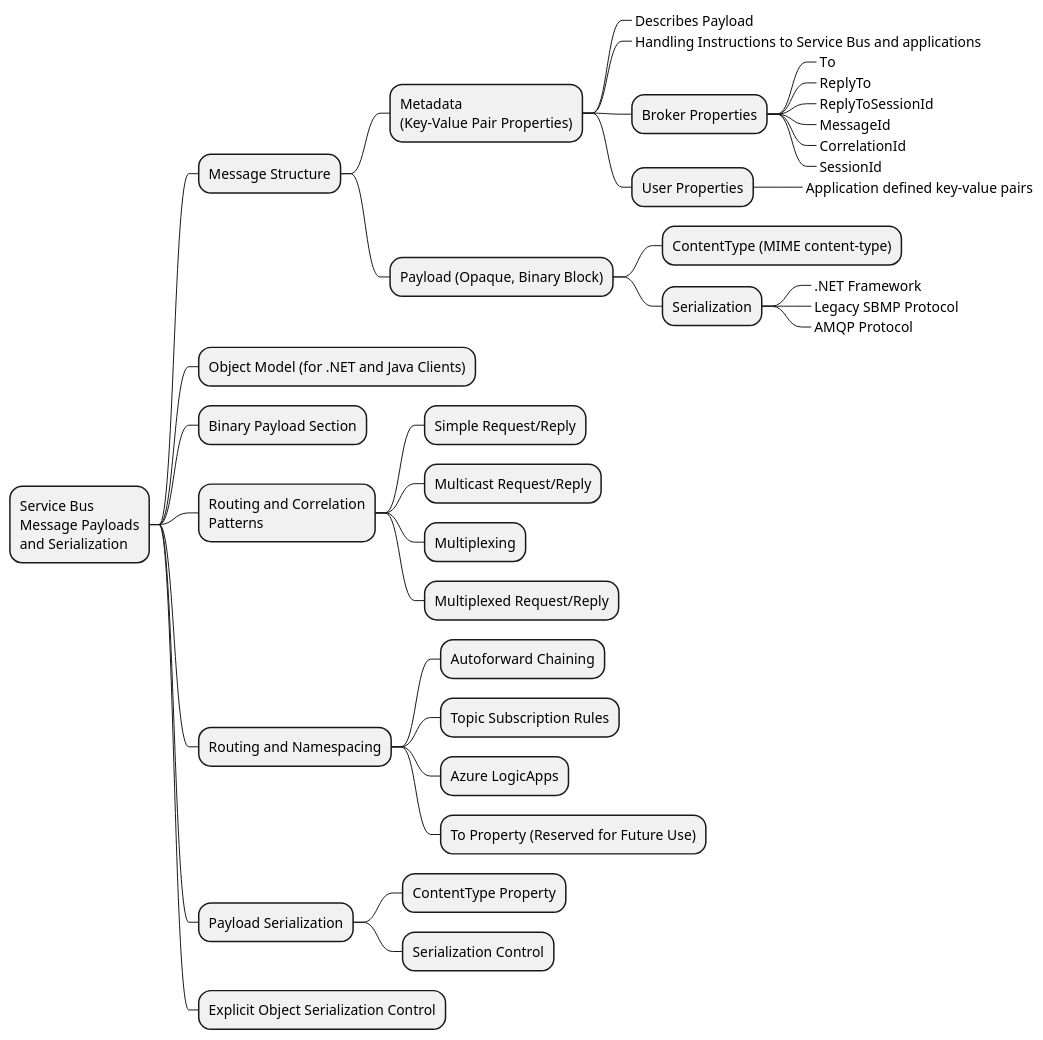
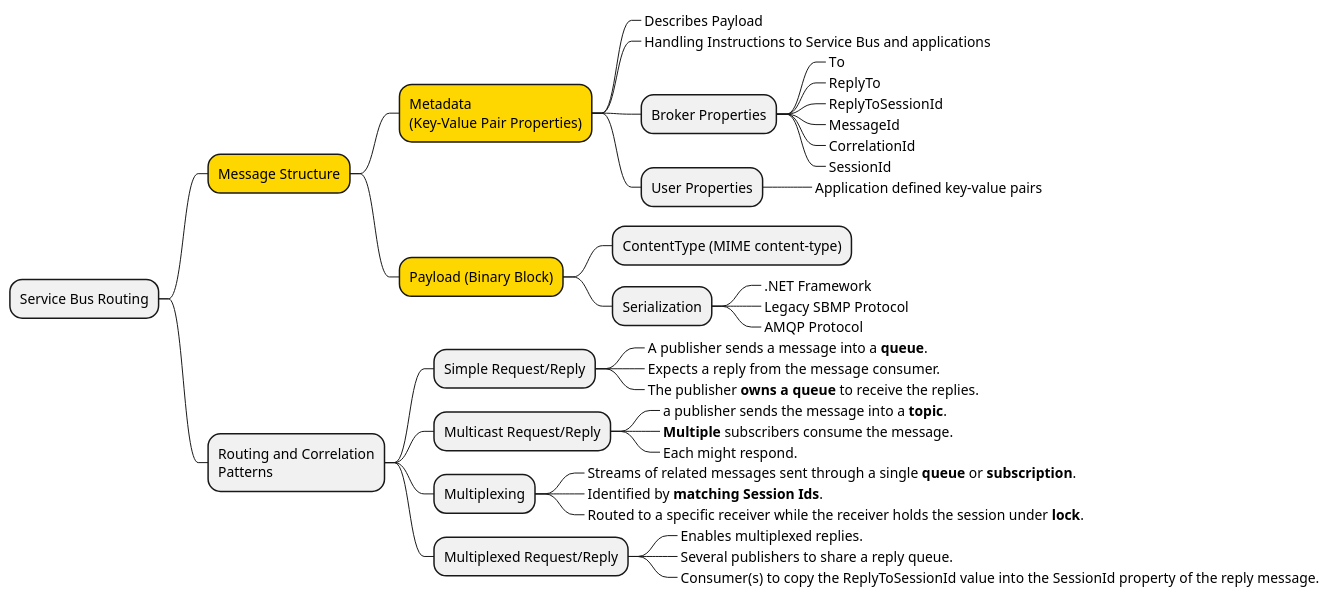
One commit to bobbyache/AZ-204 changed the diagram in 09 - message-queues/diagrams/4-service-bus-payloads-mindmap.plantuml. Above: the diagram before and after it, drawn with PlantUML. The commit also changed 22 other files, not shown here.

```diff
--- a/09 - message-queues/diagrams/4-service-bus-payloads-mindmap.plantuml
+++ b/09 - message-queues/diagrams/4-service-bus-payloads-mindmap.plantuml
@@ -1,40 +1,41 @@
-@startmindmap " Playloads and Serialization"
-* Service Bus\nMessage Payloads\nand Serialization
-** Message Structure
-*** Metadata\n(Key-Value Pair Properties)
+@startmindmap "Service Bus Routing"
+* Service Bus Routing
+**[#gold] Message Structure
+***[#gold] Metadata\n(Key-Value Pair Properties)
 ****_ Describes Payload
 ****_ Handling Instructions to Service Bus and applications
 **** Broker Properties
 *****_ To
 *****_ ReplyTo
 *****_ ReplyToSessionId
 *****_ MessageId
 *****_ CorrelationId
 *****_ SessionId
 **** User Properties
 *****_ Application defined key-value pairs
-*** Payload (Opaque, Binary Block)
+***[#gold] Payload (Binary Block)
 **** ContentType (MIME content-type)
 **** Serialization
 *****_ .NET Framework
 *****_ Legacy SBMP Protocol
 *****_ AMQP Protocol
-** Object Model (for .NET and Java Clients)
-** Binary Payload Section
-
 
 ** Routing and Correlation\nPatterns
 *** Simple Request/Reply
+****_ A publisher sends a message into a **queue**.
+****_ Expects a reply from the message consumer.
+****_ The publisher **owns a queue** to receive the replies.
 *** Multicast Request/Reply
+****_ a publisher sends the message into a **topic**.
+****_ **Multiple** subscribers consume the message.
+****_ Each might respond.
 *** Multiplexing
+****_ Streams of related messages sent through a single **queue** or **subscription**.
+****_ Identified by **matching Session Ids**.
+****_ Routed to a specific receiver while the receiver holds the session under **lock**.
+
 *** Multiplexed Request/Reply
-** Routing and Namespacing
-*** Autoforward Chaining
-*** Topic Subscription Rules
-*** Azure LogicApps
-*** To Property (Reserved for Future Use)
-** Payload Serialization
-*** ContentType Property
-*** Serialization Control
-** Explicit Object Serialization Control
+****_ Enables multiplexed replies.
+****_ Several publishers to share a reply queue.
+****_ Consumer(s) to copy the ReplyToSessionId value into the SessionId property of the reply message.
 @endmindmap
```
